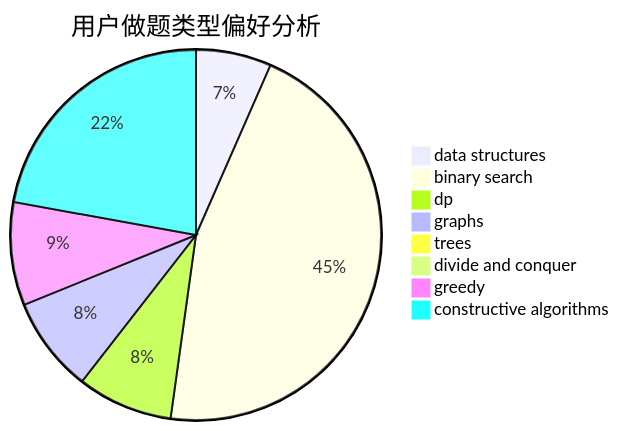
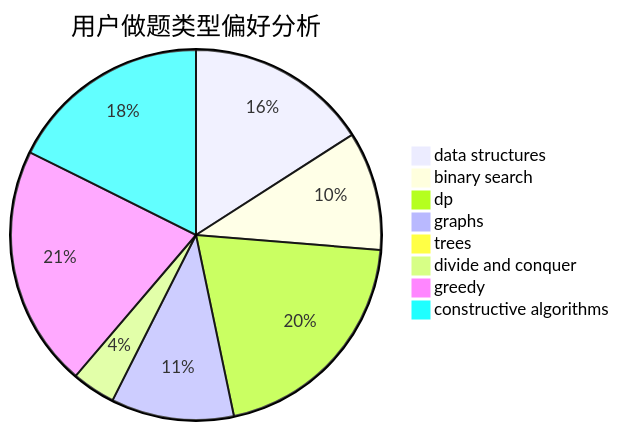
The second of 3 diagrams in docs/user/u1865.md (sherpahu/cfrs.github.io), drawn with Mermaid before and after one commit. The commit also changed other lines of this file and 2770 other files, not shown here.

````diff
--- a/docs/user/u1865.md
+++ b/docs/user/u1865.md
@@ -23,11 +23,11 @@
 ```mermaid
 pie title 用户做题类型偏好分析
-    "data structures" :  30
-    "binary search" :  208
-    "dp" :  38
-    "graphs" :  38
-    "trees" :  4
-    "divide and conquer" :  0
-    "greedy" :  41
-    "constructive algorithms" :  101
+    "data structures" :  46
+    "binary search" :  30
+    "dp" :  59
+    "graphs" :  31
+    "trees" :  0
+    "divide and conquer" :  11
+    "greedy" :  61
+    "constructive algorithms" :  51
 ```
````
